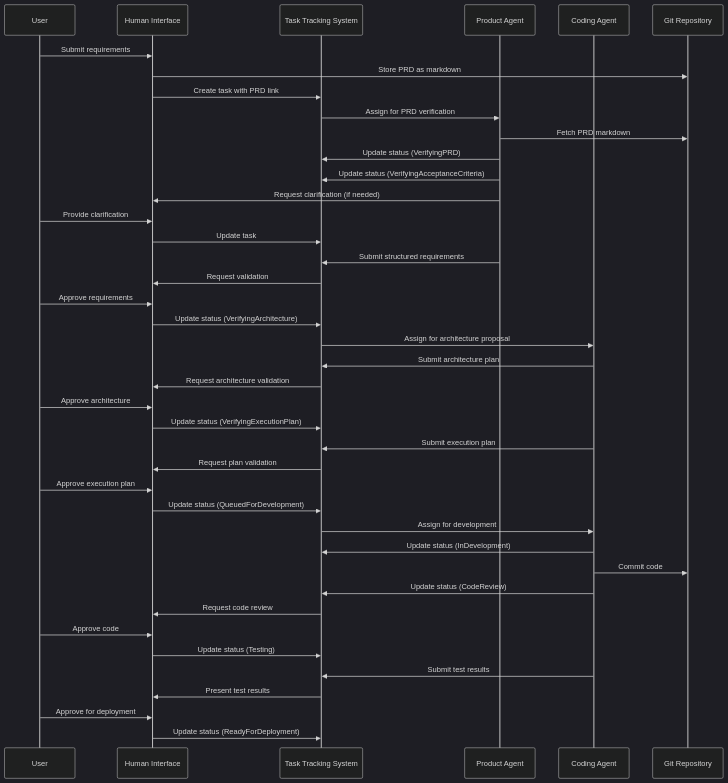
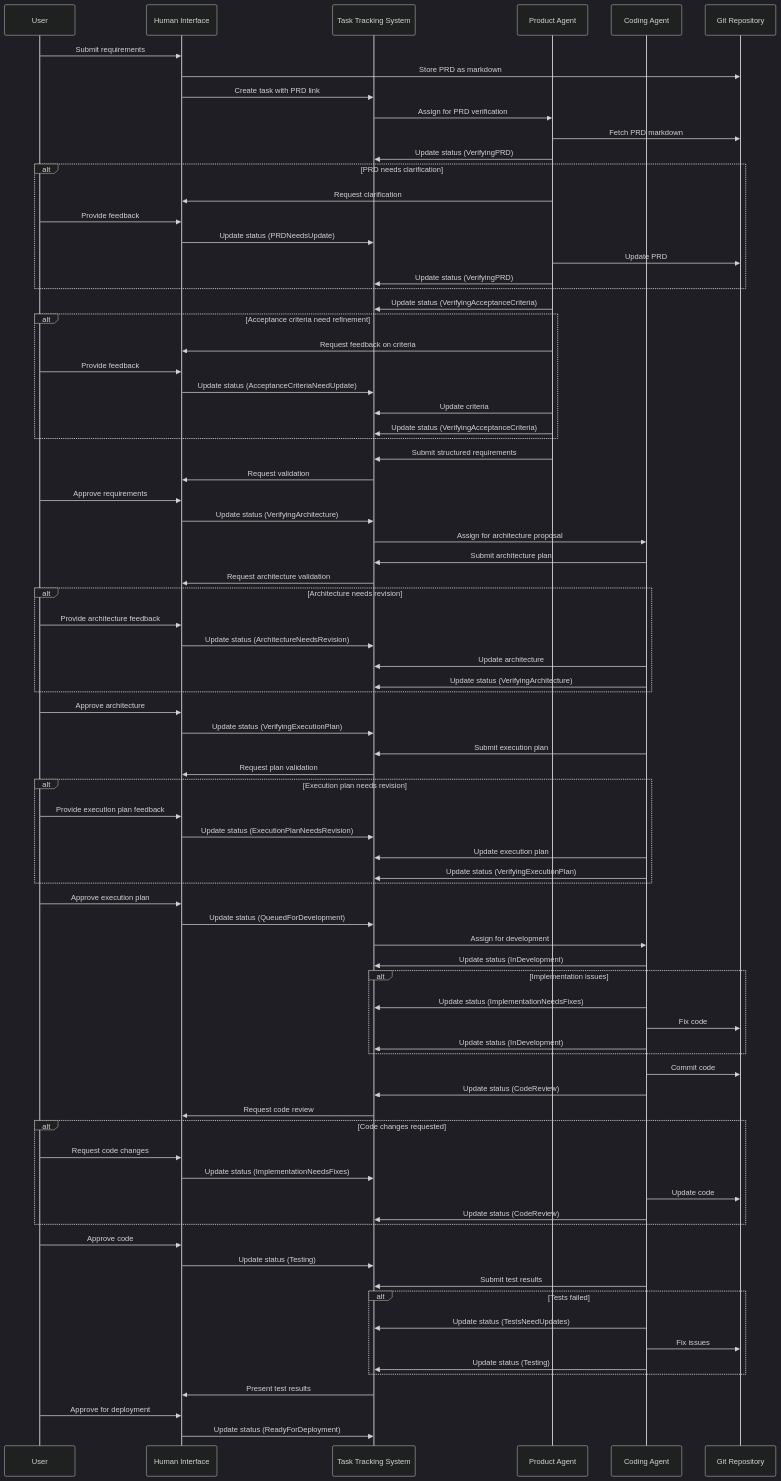
The second of 2 diagrams in docs/arch/component_architecture.md (kgatilin/aihive), drawn with Mermaid (dark theme) before and after one commit. The commit also changed other lines of this file, not shown here.

Commit message:
Update task lifecycle with specific status states for different types of feedback

```diff
--- a/docs/arch/component_architecture.md
+++ b/docs/arch/component_architecture.md
@@ -115,10 +136,25 @@
     TTS->>PA: Assign for PRD verification
     PA->>Git: Fetch PRD markdown
     PA->>TTS: Update status (VerifyingPRD)
+    
+    alt PRD needs clarification
+        PA->>HI: Request clarification
+        User->>HI: Provide feedback
+        HI->>TTS: Update status (PRDNeedsUpdate)
+        PA->>Git: Update PRD
+        PA->>TTS: Update status (VerifyingPRD)
+    end
+    
     PA->>TTS: Update status (VerifyingAcceptanceCriteria)
-    PA->>HI: Request clarification (if needed)
-    User->>HI: Provide clarification
-    HI->>TTS: Update task
+    
+    alt Acceptance criteria need refinement
+        PA->>HI: Request feedback on criteria
+        User->>HI: Provide feedback
+        HI->>TTS: Update status (AcceptanceCriteriaNeedUpdate)
+        PA->>TTS: Update criteria
+        PA->>TTS: Update status (VerifyingAcceptanceCriteria)
+    end
+    
     PA->>TTS: Submit structured requirements
     TTS->>HI: Request validation
     User->>HI: Approve requirements
@@ -127,23 +163,61 @@
     TTS->>CA: Assign for architecture proposal
     CA->>TTS: Submit architecture plan
     TTS->>HI: Request architecture validation
+    
+    alt Architecture needs revision
+        User->>HI: Provide architecture feedback
+        HI->>TTS: Update status (ArchitectureNeedsRevision)
+        CA->>TTS: Update architecture
+        CA->>TTS: Update status (VerifyingArchitecture)
+    end
+    
     User->>HI: Approve architecture
     HI->>TTS: Update status (VerifyingExecutionPlan)
     
     CA->>TTS: Submit execution plan
     TTS->>HI: Request plan validation
+    
+    alt Execution plan needs revision
+        User->>HI: Provide execution plan feedback
+        HI->>TTS: Update status (ExecutionPlanNeedsRevision)
+        CA->>TTS: Update execution plan
+        CA->>TTS: Update status (VerifyingExecutionPlan)
+    end
+    
     User->>HI: Approve execution plan
     HI->>TTS: Update status (QueuedForDevelopment)
     
     TTS->>CA: Assign for development
     CA->>TTS: Update status (InDevelopment)
+    
+    alt Implementation issues
+        CA->>TTS: Update status (ImplementationNeedsFixes)
+        CA->>Git: Fix code
+        CA->>TTS: Update status (InDevelopment)
+    end
+    
     CA->>Git: Commit code
     CA->>TTS: Update status (CodeReview)
     TTS->>HI: Request code review
+    
+    alt Code changes requested
+        User->>HI: Request code changes
+        HI->>TTS: Update status (ImplementationNeedsFixes)
+        CA->>Git: Update code
+        CA->>TTS: Update status (CodeReview)
+    end
+    
     User->>HI: Approve code
     HI->>TTS: Update status (Testing)
     
     CA->>TTS: Submit test results
+    
+    alt Tests failed
+        CA->>TTS: Update status (TestsNeedUpdates)
+        CA->>Git: Fix issues
+        CA->>TTS: Update status (Testing)
+    end
+    
     TTS->>HI: Present test results
     User->>HI: Approve for deployment
     HI->>TTS: Update status (ReadyForDeployment)
```
